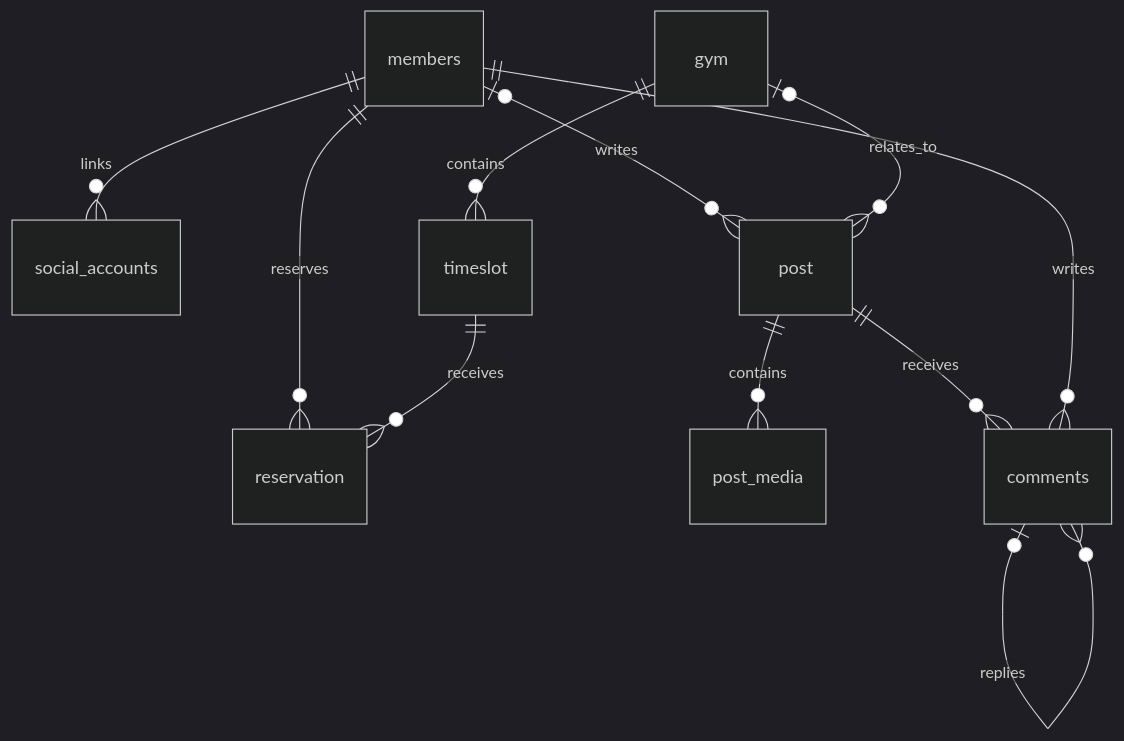
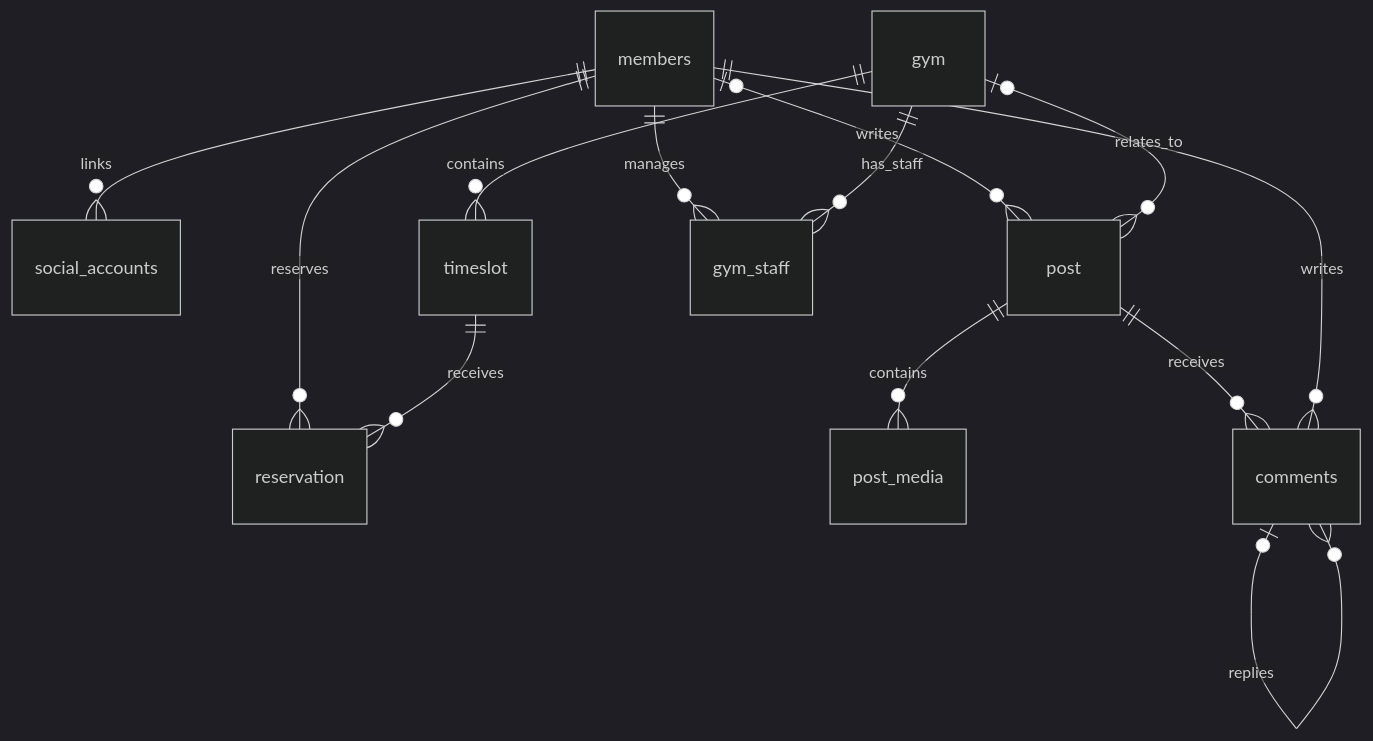
Before and after one commit to icoo08217/climber_Hub: the diagram in 토이프로젝트_저장소/엔티티.md, drawn with Mermaid (dark theme). The commit also changed other lines of this file and 39 other files, not shown here.

````diff
--- a/토이프로젝트_저장소/엔티티.md
+++ b/토이프로젝트_저장소/엔티티.md
@@ -197,13 +228,15 @@
 ```mermaid
 erDiagram
     members ||--o{ social_accounts : links
     members ||--o{ reservation : reserves
     timeslot ||--o{ reservation : receives
     gym ||--o{ timeslot : contains
     members o|--o{ post : writes
     gym o|--o{ post : relates_to
     post ||--o{ post_media : contains
     post ||--o{ comments : receives
     members ||--o{ comments : writes
     comments o|--o{ comments : replies
+    members ||--o{ gym_staff : manages
+    gym ||--o{ gym_staff : has_staff
 ```
````
